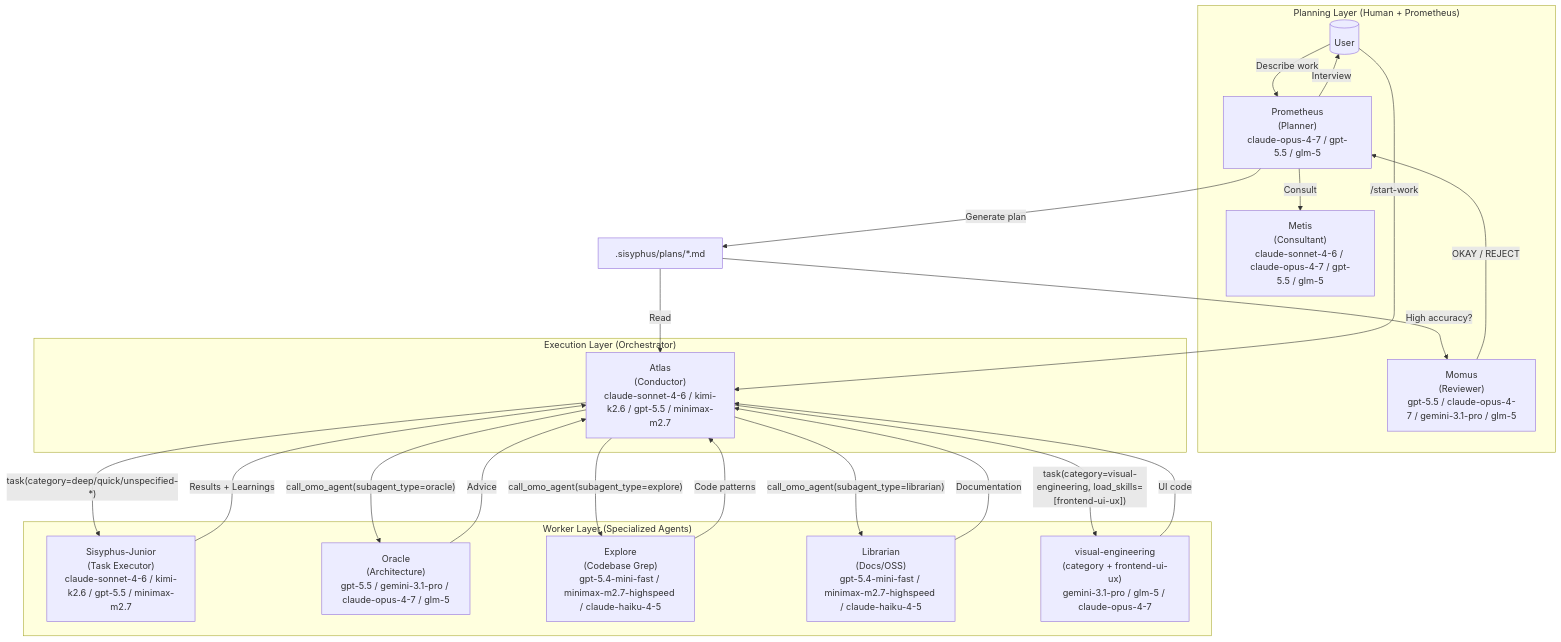
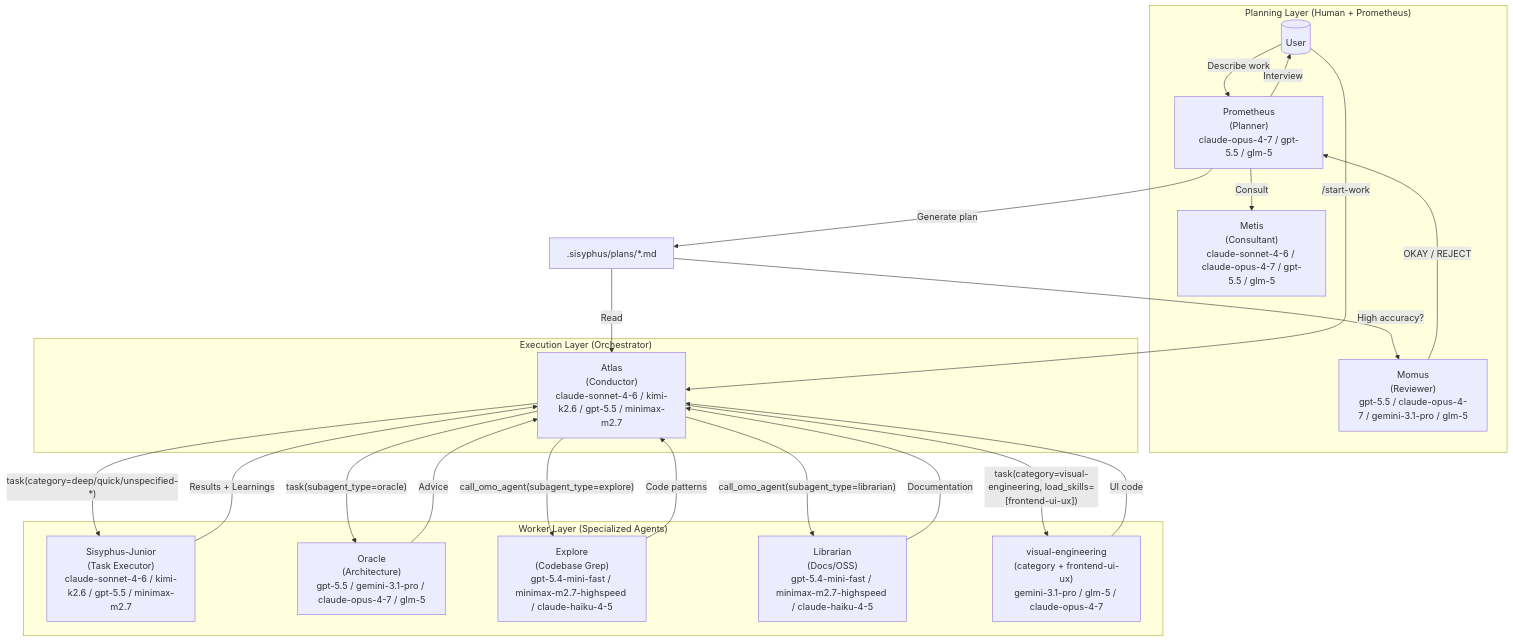
One commit to code-yeongyu/oh-my-openagent changed the first of 3 diagrams in docs/guide/orchestration.md. Above: the diagram before and after it, drawn with Mermaid. The commit also changed 7 other files, not shown here.

Commit message:
fix(call-omo-agent): restrict callable agents

````diff
--- a/docs/guide/orchestration.md
+++ b/docs/guide/orchestration.md
@@ -34,43 +34,43 @@
 ```mermaid
 flowchart TB
     subgraph Planning["Planning Layer (Human + Prometheus)"]
         User[(" User")]
         Prometheus[" Prometheus<br/>(Planner)<br/>claude-opus-4-7 / gpt-5.5 / glm-5"]
         Metis[" Metis<br/>(Consultant)<br/>claude-sonnet-4-6 / claude-opus-4-7 / gpt-5.5 / glm-5"]
         Momus[" Momus<br/>(Reviewer)<br/>gpt-5.5 / claude-opus-4-7 / gemini-3.1-pro / glm-5"]
     end
 
     subgraph Execution["Execution Layer (Orchestrator)"]
         Orchestrator[" Atlas<br/>(Conductor)<br/>claude-sonnet-4-6 / kimi-k2.6 / gpt-5.5 / minimax-m2.7"]
     end
 
     subgraph Workers["Worker Layer (Specialized Agents)"]
         Junior[" Sisyphus-Junior<br/>(Task Executor)<br/>claude-sonnet-4-6 / kimi-k2.6 / gpt-5.5 / minimax-m2.7"]
         Oracle[" Oracle<br/>(Architecture)<br/>gpt-5.5 / gemini-3.1-pro / claude-opus-4-7 / glm-5"]
         Explore[" Explore<br/>(Codebase Grep)<br/>gpt-5.4-mini-fast / minimax-m2.7-highspeed / claude-haiku-4-5"]
         Librarian[" Librarian<br/>(Docs/OSS)<br/>gpt-5.4-mini-fast / minimax-m2.7-highspeed / claude-haiku-4-5"]
         Frontend[" visual-engineering<br/>(category + frontend-ui-ux)<br/>gemini-3.1-pro / glm-5 / claude-opus-4-7"]
     end
 
     User -->|"Describe work"| Prometheus
     Prometheus -->|"Consult"| Metis
     Prometheus -->|"Interview"| User
     Prometheus -->|"Generate plan"| Plan[".sisyphus/plans/*.md"]
     Plan -->|"High accuracy?"| Momus
     Momus -->|"OKAY / REJECT"| Prometheus
 
     User -->|"/start-work"| Orchestrator
     Plan -->|"Read"| Orchestrator
 
     Orchestrator -->|"task(category=deep/quick/unspecified-*)"| Junior
-    Orchestrator -->|"call_omo_agent(subagent_type=oracle)"| Oracle
+    Orchestrator -->|"task(subagent_type=oracle)"| Oracle
     Orchestrator -->|"call_omo_agent(subagent_type=explore)"| Explore
     Orchestrator -->|"call_omo_agent(subagent_type=librarian)"| Librarian
     Orchestrator -->|"task(category=visual-engineering, load_skills=[frontend-ui-ux])"| Frontend
 
     Junior -->|"Results + Learnings"| Orchestrator
     Oracle -->|"Advice"| Orchestrator
     Explore -->|"Code patterns"| Orchestrator
     Librarian -->|"Documentation"| Orchestrator
     Frontend -->|"UI code"| Orchestrator
 ```
````
